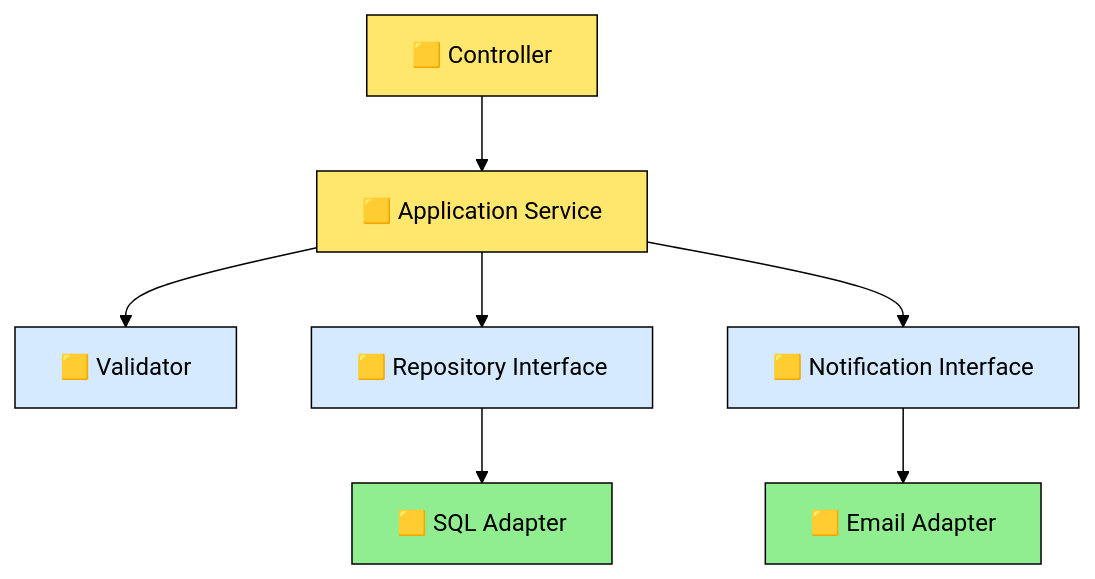
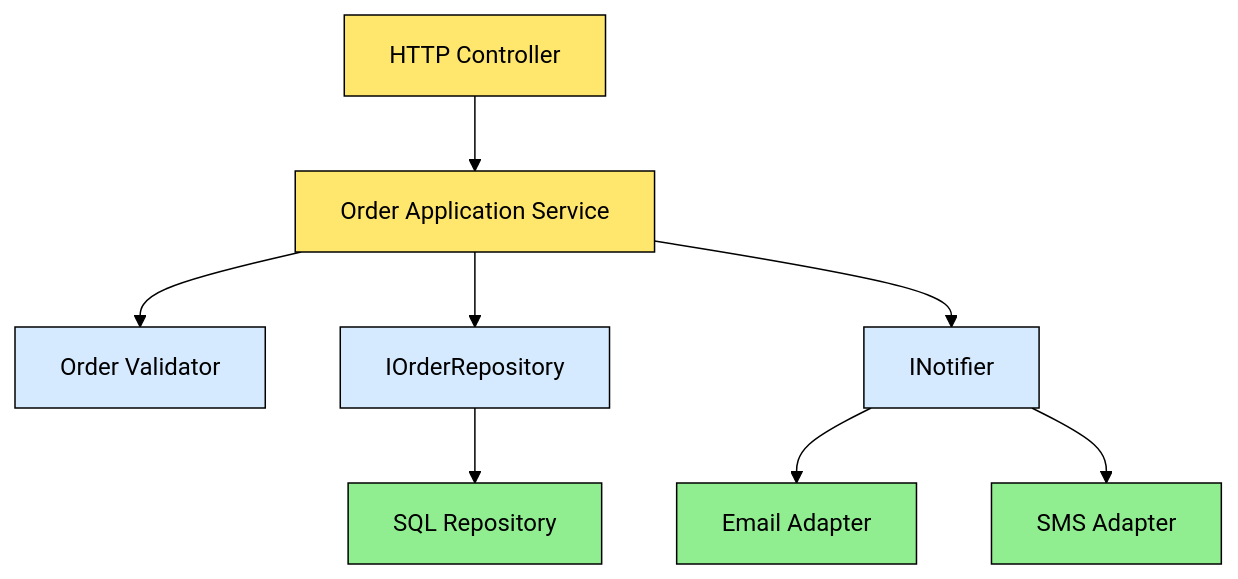
Before and after one commit to azam123/Engineering-Interview-Prep: the eighth of 8 diagrams in 02-SOLID-Principles.md, drawn with Mermaid (forest theme). The commit also changed other lines of this file, not shown here.

Commit message:
Rewrite SOLID guide with definitions, simple explanations, examples, diagrams, and scenario-based answers

````diff
--- a/02-SOLID-Principles.md
+++ b/02-SOLID-Principles.md
@@ -338,16 +426,18 @@
 ```mermaid
 flowchart TD
-    A[🟨 Controller] --> B[🟨 Application Service]
-    B --> C[🟨 Validator]
-    B --> D[🟨 Repository Interface]
-    B --> E[🟨 Notification Interface]
-    D --> F[🟨 SQL Adapter]
-    E --> G[🟨 Email Adapter]
+    A[HTTP Controller] --> B[Order Application Service]
+    B --> C[Order Validator]
+    B --> D[IOrderRepository]
+    B --> E[INotifier]
+    D --> F[SQL Repository]
+    E --> G[Email Adapter]
+    E --> H[SMS Adapter]
     style A fill:#ffe66d,color:#000,stroke:#000
     style B fill:#ffe66d,color:#000,stroke:#000
     style C fill:#d6eaff,color:#000,stroke:#000
     style D fill:#d6eaff,color:#000,stroke:#000
     style E fill:#d6eaff,color:#000,stroke:#000
     style F fill:#90ee90,color:#000,stroke:#000
     style G fill:#90ee90,color:#000,stroke:#000
+    style H fill:#90ee90,color:#000,stroke:#000
 ```
````
